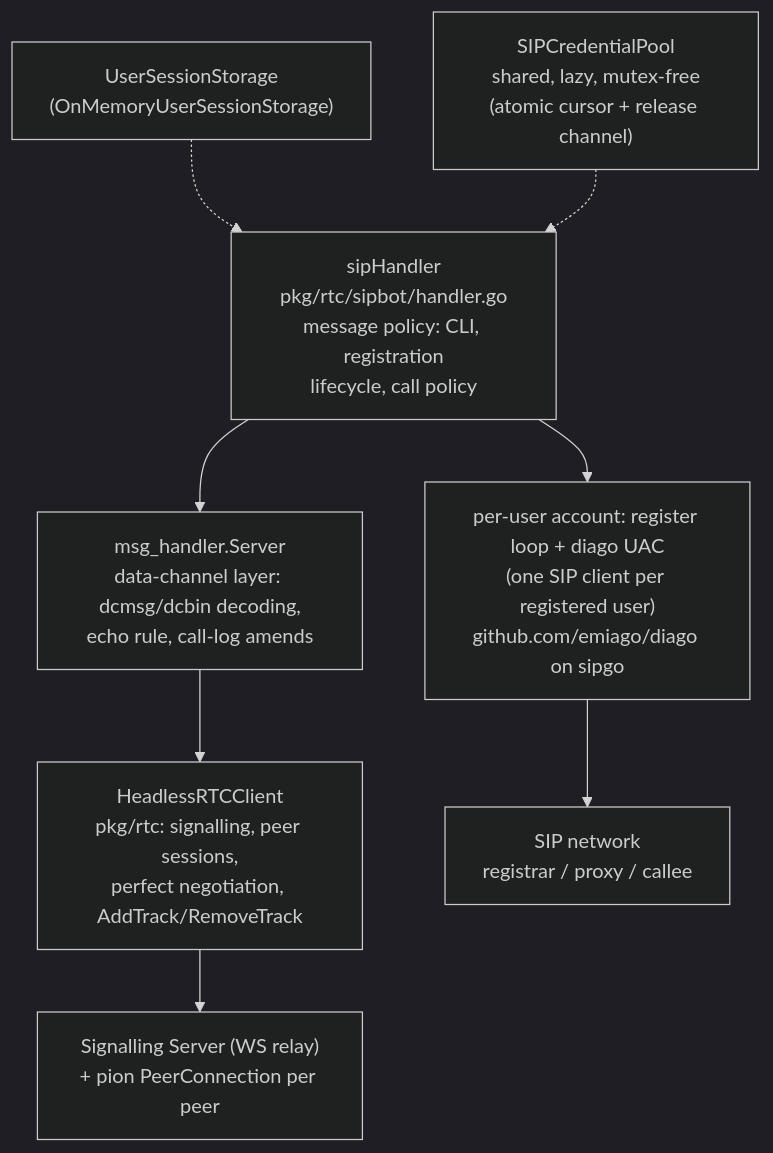
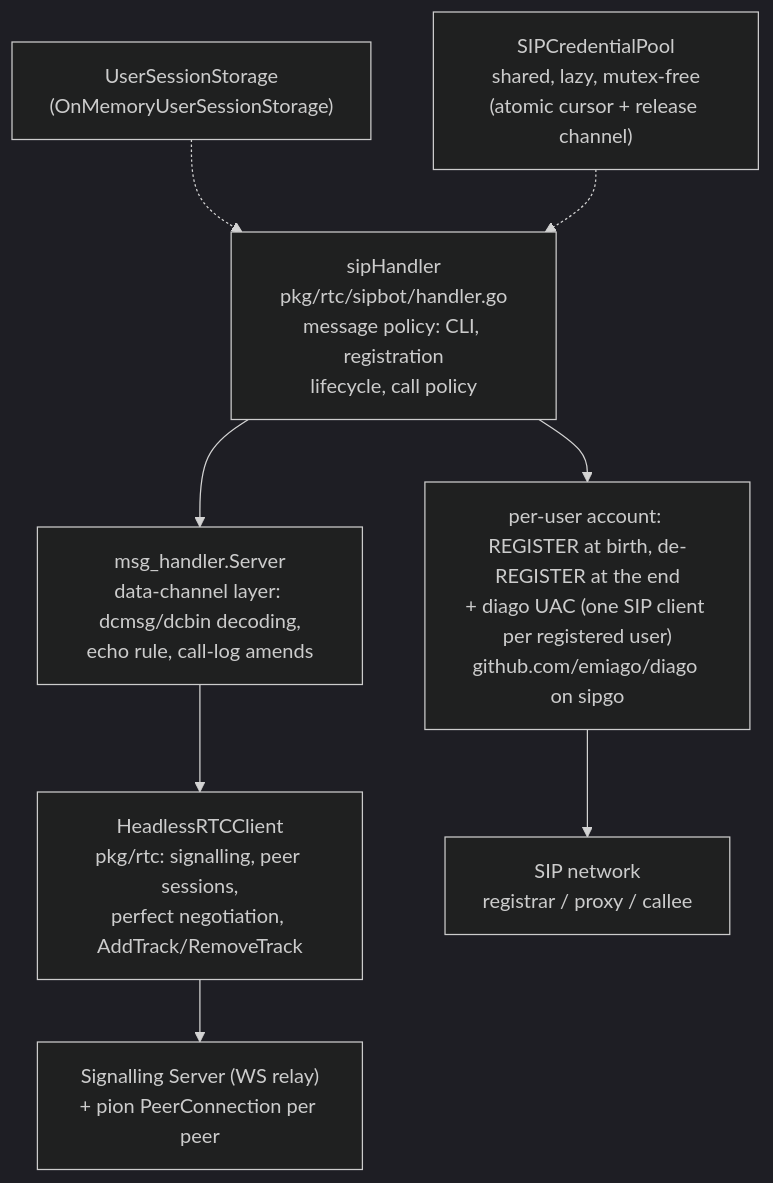
One commit to cmpxchg16b-nop/personal-site changed the first of 3 diagrams in docs/sip-bot.md. Above: the diagram before and after it, drawn with Mermaid (dark theme). The commit also changed other lines of this file and 5 other files, not shown here.

Commit message:
abandon the expiry field of sip account

````diff
--- a/docs/sip-bot.md
+++ b/docs/sip-bot.md
@@ -43,10 +43,10 @@
 ```mermaid
 graph TD
     A["sipHandler<br/>pkg/rtc/sipbot/handler.go<br/>message policy: CLI, registration<br/>lifecycle, call policy"] --> B["msg_handler.Server<br/>data-channel layer: dcmsg/dcbin decoding,<br/>echo rule, call-log amends"]
     B --> C["HeadlessRTCClient<br/>pkg/rtc: signalling, peer sessions,<br/>perfect negotiation, AddTrack/RemoveTrack"]
     C --> D["Signalling Server (WS relay)<br/>+ pion PeerConnection per peer"]
-    A --> E["per-user account: register loop + diago UAC<br/>(one SIP client per registered user)<br/>github.com/emiago/diago on sipgo"]
+    A --> E["per-user account: REGISTER at birth, de-REGISTER at the end<br/>+ diago UAC (one SIP client per registered user)<br/>github.com/emiago/diago on sipgo"]
     E --> F["SIP network<br/>registrar / proxy / callee"]
     G["UserSessionStorage<br/>(OnMemoryUserSessionStorage)"] -.-> A
     H["SIPCredentialPool<br/>shared, lazy, mutex-free<br/>(atomic cursor + release channel)"] -.-> A
 ```
````
